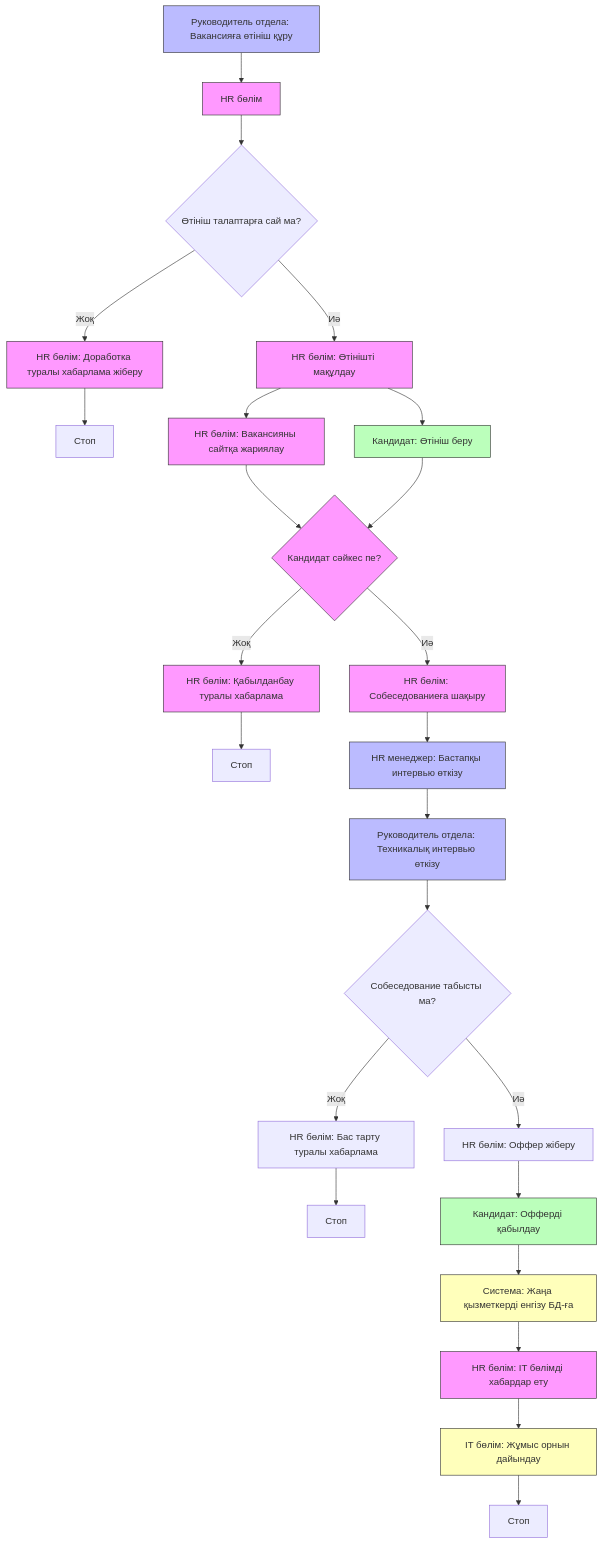
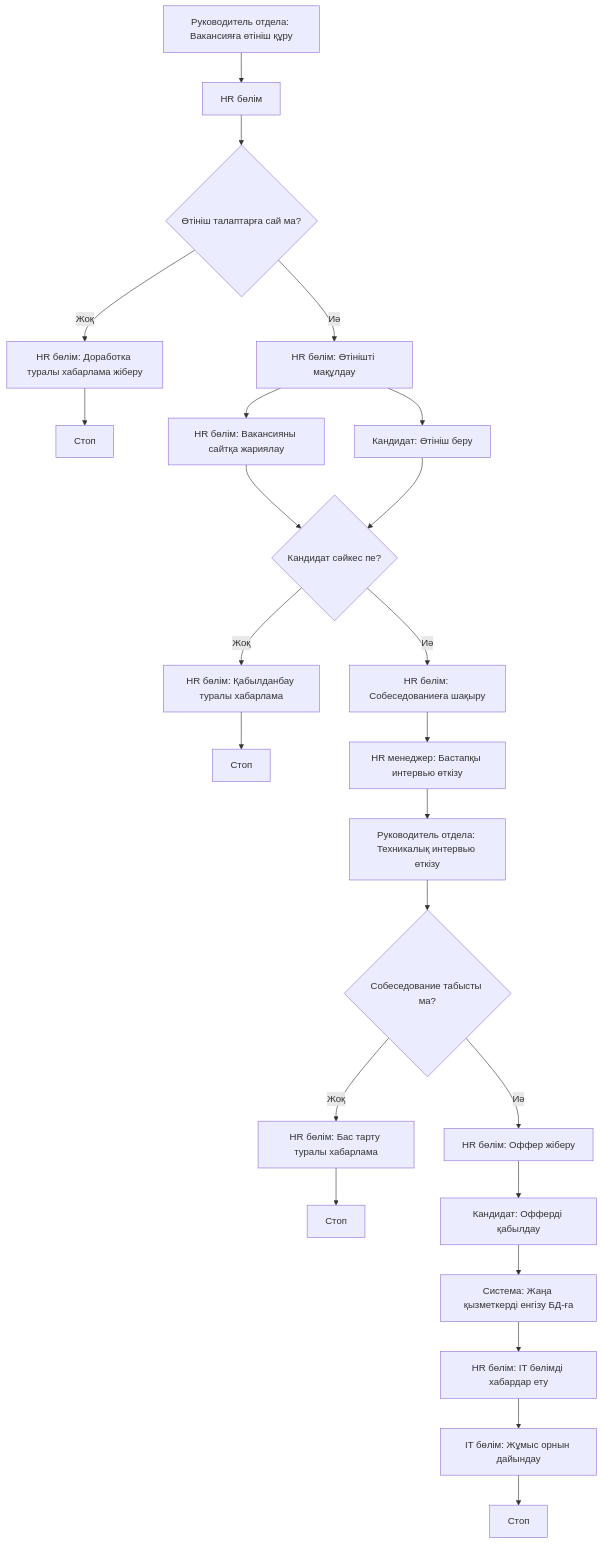
The diagram in diagram2.md (Aidann07/homework12), drawn with Mermaid before and after one commit.

````diff
--- a/diagram2.md
+++ b/diagram2.md
@@ -1,57 +1,50 @@
 ```mermaid
 flowchart TD
+    %% Swimlanes note ретінде көрсетіледі
+
     %% Руководитель отдела
     A1["Руководитель отдела: Вакансияға өтініш құру"] --> B1["HR бөлім"]
 
-    %% HR бөлім: өтініш тексеру
+    %% HR бөлім
     B1 --> C1{Өтініш талаптарға сай ма?}
     C1 -- Иә --> D1["HR бөлім: Өтінішті мақұлдау"]
     C1 -- Жоқ --> E1["HR бөлім: Доработка туралы хабарлама жіберу"]
     E1 --> STOP1[Стоп]
 
     %% Fork: Вакансия жариялау / Кандидат өтініш беру
     D1 --> F1["HR бөлім: Вакансияны сайтқа жариялау"]
     D1 --> G1["Кандидат: Өтініш беру"]
 
-    %% HR бөлім: кандидат тексеру
+    %% HR бөлім
     F1 & G1 --> H1{Кандидат сәйкес пе?}
     H1 -- Иә --> I1["HR бөлім: Собеседованиеға шақыру"]
     H1 -- Жоқ --> J1["HR бөлім: Қабылданбау туралы хабарлама"]
     J1 --> STOP2[Стоп]
 
-    %% HR менеджер: бастапқы интервью
+    %% HR менеджер
     I1 --> K1["HR менеджер: Бастапқы интервью өткізу"]
 
-    %% Руководитель отдела: техникалық интервью
+    %% Руководитель отдела
     K1 --> L1["Руководитель отдела: Техникалық интервью өткізу"]
 
-    %% Собеседование нәтижесі
+    %% Сәтті / сәтсіз
     L1 --> M1{Собеседование табысты ма?}
     M1 -- Иә --> N1["HR бөлім: Оффер жіберу"]
     M1 -- Жоқ --> O1["HR бөлім: Бас тарту туралы хабарлама"]
     O1 --> STOP3[Стоп]
 
     %% Кандидат
     N1 --> P1["Кандидат: Офферді қабылдау"]
 
-    %% Система: жаңа қызметкерді қосу
+    %% Система
     P1 --> Q1["Система: Жаңа қызметкерді енгізу БД-ға"]
 
-    %% HR бөлім: IT хабардар ету
+    %% HR бөлім
     Q1 --> R1["HR бөлім: IT бөлімді хабардар ету"]
 
-    %% IT бөлім: жұмыс орнын дайындау
+    %% IT бөлім
     R1 --> S1["IT бөлім: Жұмыс орнын дайындау"]
     S1 --> STOP4[Стоп]
 
-    %% Style ұсыныстар (міндетті емес, визуалды жақсарту үшін)
-    classDef HR fill:#f9f,stroke:#333,stroke-width:1px;
-    classDef Manager fill:#bbf,stroke:#333,stroke-width:1px;
-    classDef Candidate fill:#bfb,stroke:#333,stroke-width:1px;
-    classDef System fill:#ffb,stroke:#333,stroke-width:1px;
-    class B1,D1,E1,F1,H1,I1,J1,R1 HR;
-    class A1,K1,L1 Manager;
-    class G1,P1 Candidate;
-    class Q1,S1 System;
 
 ```
````
